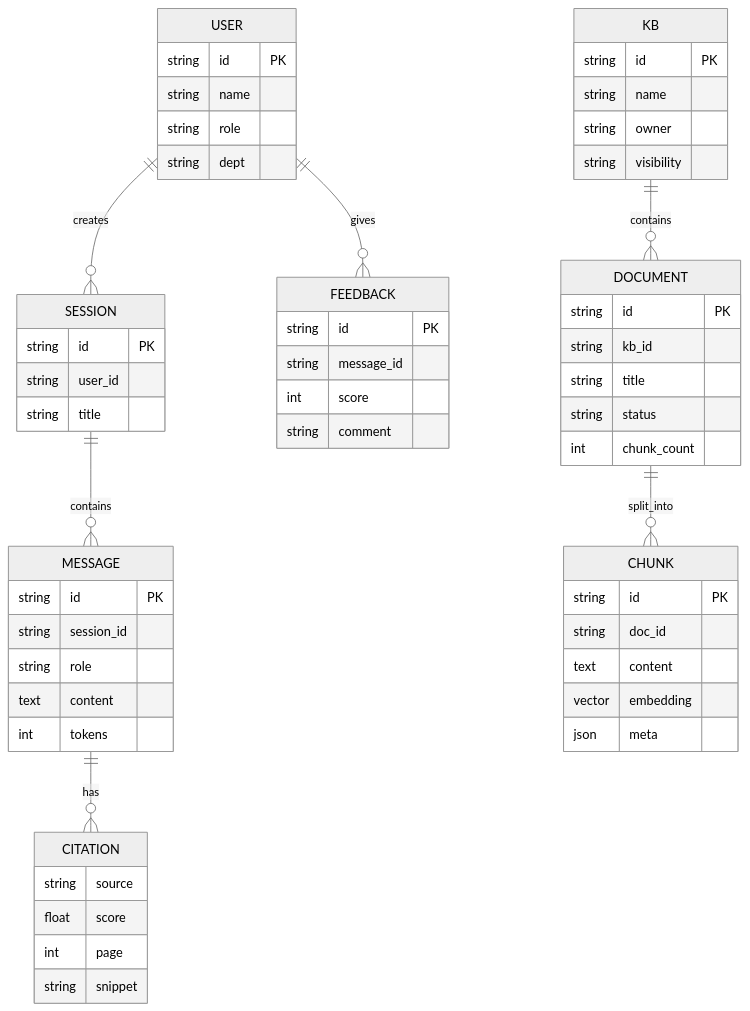
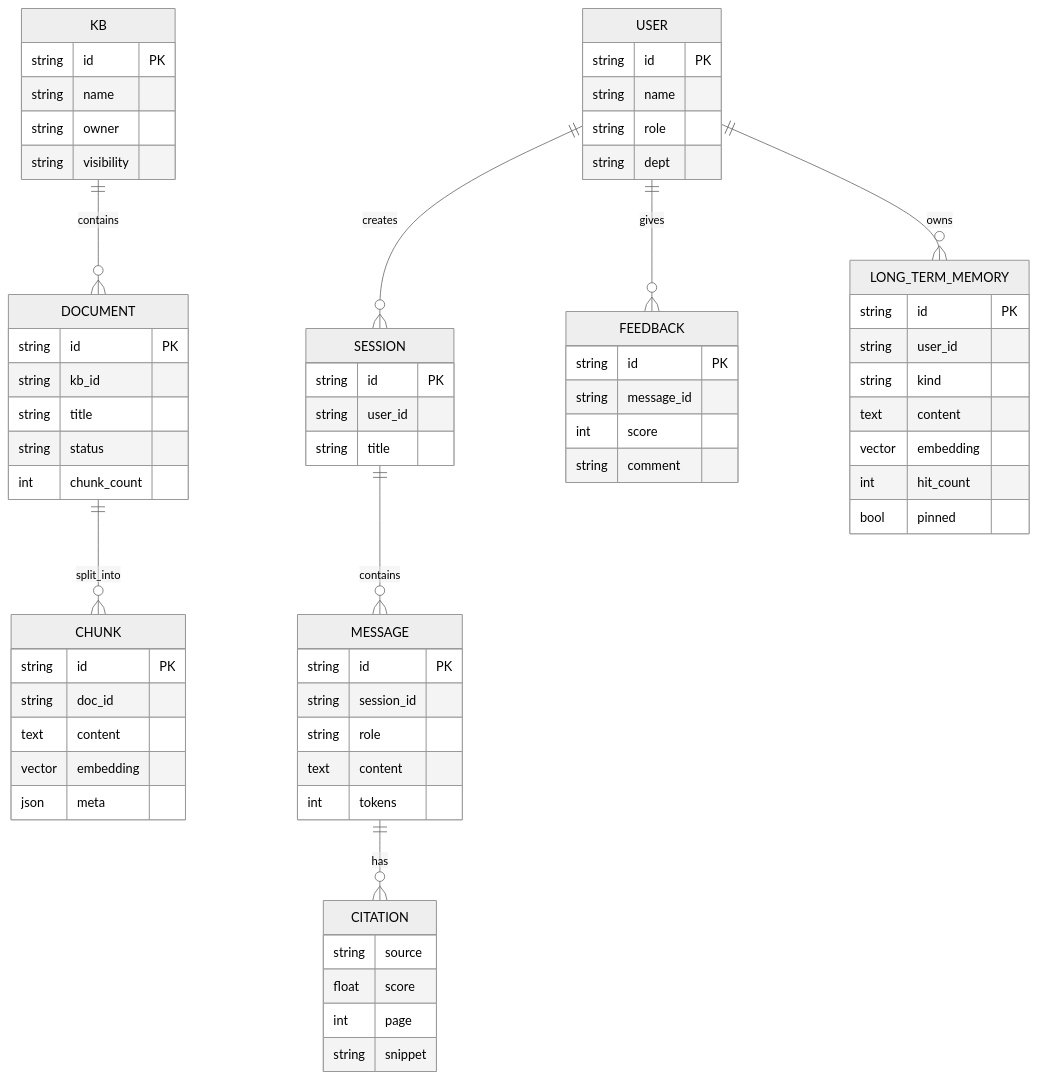
One commit to StormJosephLee/SmartQA changed the second of 2 diagrams in docs/architecture.md. Above: the diagram before and after it, drawn with Mermaid (neutral theme). The commit also changed other lines of this file and 16 other files, not shown here.

````diff
--- a/docs/architecture.md
+++ b/docs/architecture.md
@@ -90,18 +92,20 @@
 ```mermaid
 erDiagram
     USER ||--o{ SESSION : creates
     SESSION ||--o{ MESSAGE : contains
     KB ||--o{ DOCUMENT : contains
     DOCUMENT ||--o{ CHUNK : split_into
     MESSAGE ||--o{ CITATION : has
     USER ||--o{ FEEDBACK : gives
+    USER ||--o{ LONG_TERM_MEMORY : owns
 
     USER { string id PK string name string role string dept }
     SESSION { string id PK string user_id string title }
     MESSAGE { string id PK string session_id string role text content int tokens }
     KB { string id PK string name string owner string visibility }
     DOCUMENT { string id PK string kb_id string title string status int chunk_count }
     CHUNK { string id PK string doc_id text content vector embedding json meta }
     CITATION { string source float score int page string snippet }
     FEEDBACK { string id PK string message_id int score string comment }
+    LONG_TERM_MEMORY { string id PK string user_id string kind text content vector embedding int hit_count bool pinned }
 ```
````
